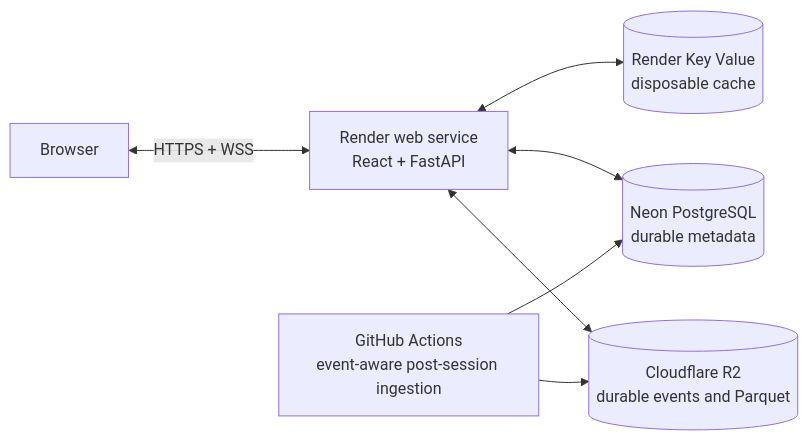
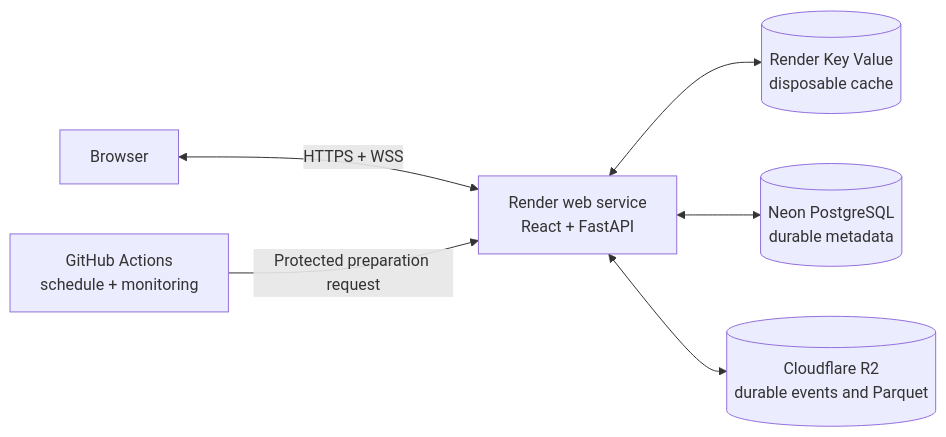
One commit to mohika05/pitwall changed the diagram in docs/deployment.md. Above: the diagram before and after it, drawn with Mermaid. The commit also changed other lines of this file and 5 other files, not shown here.

````diff
--- a/docs/deployment.md
+++ b/docs/deployment.md
@@ -10,9 +10,8 @@
 ```mermaid
 flowchart LR
     U[Browser] <-->|HTTPS + WSS| R[Render web service<br/>React + FastAPI]
     R <--> K[(Render Key Value<br/>disposable cache)]
     R <--> N[(Neon PostgreSQL<br/>durable metadata)]
     R <--> O[(Cloudflare R2<br/>durable events and Parquet)]
-    G[GitHub Actions<br/>event-aware post-session ingestion] --> N
-    G --> O
+    G[GitHub Actions<br/>schedule + monitoring] -->|Protected preparation request| R
 ```
````
